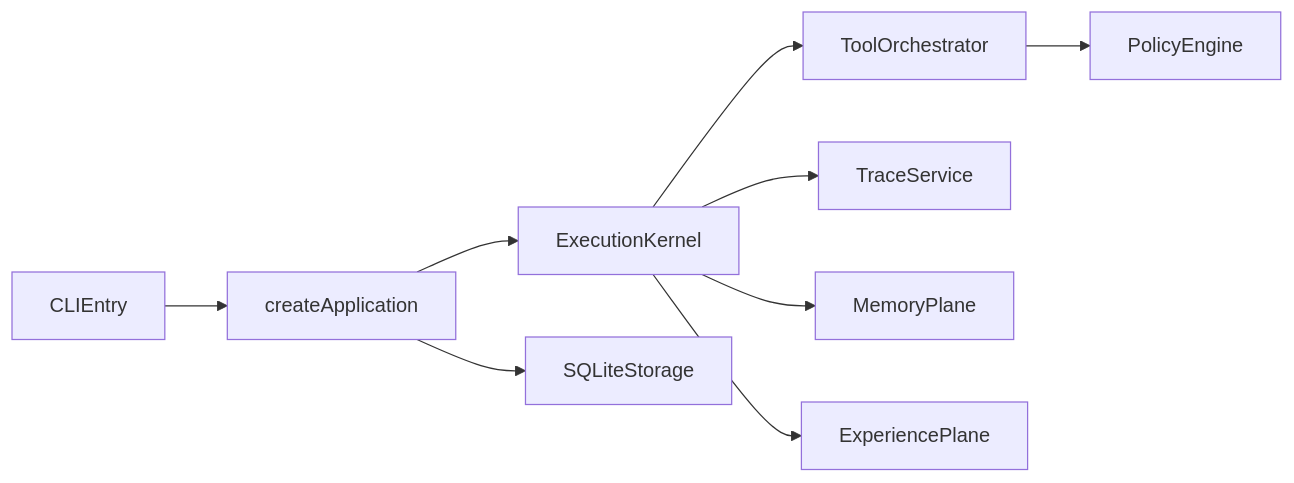
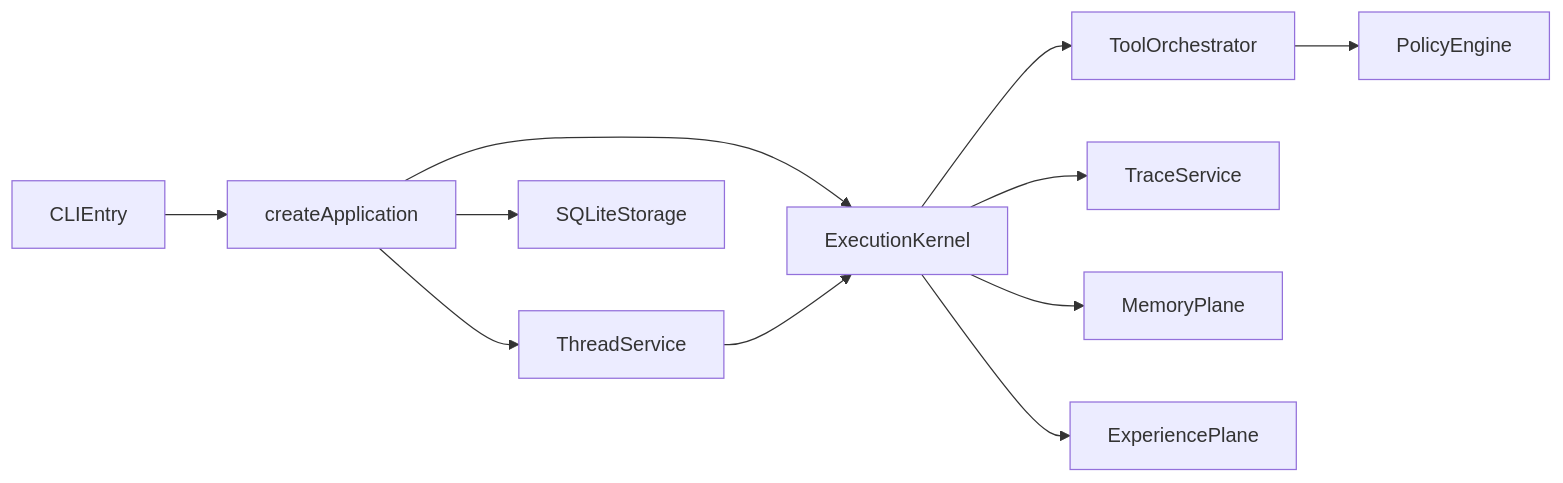
The diagram in docs/dev/architecture.md (XD319/auto-talon), drawn with Mermaid before and after one commit. The commit also changed other lines of this file and 27 other files, not shown here.

````diff
--- a/docs/dev/architecture.md
+++ b/docs/dev/architecture.md
@@ -3,11 +3,13 @@
 ```mermaid
 flowchart LR
   CLI[CLIEntry] --> Bootstrap[createApplication]
+  Bootstrap --> ThreadSvc[ThreadService]
   Bootstrap --> Kernel[ExecutionKernel]
+  ThreadSvc --> Kernel
   Kernel --> Tools[ToolOrchestrator]
   Tools --> Policy[PolicyEngine]
   Kernel --> Trace[TraceService]
   Kernel --> Memory[MemoryPlane]
   Kernel --> Experience[ExperiencePlane]
   Bootstrap --> Storage[SQLiteStorage]
 ```
````
